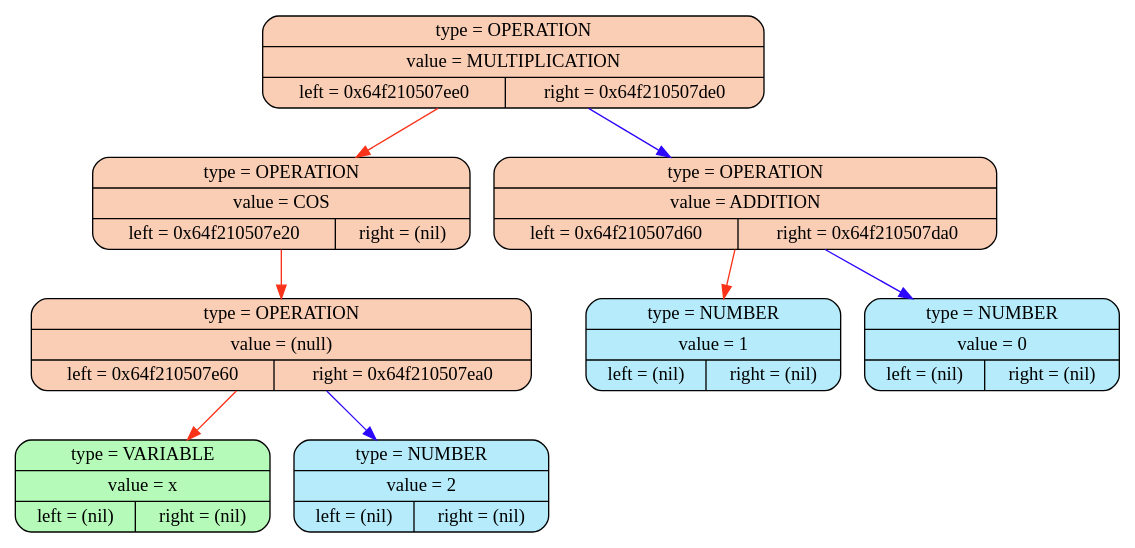
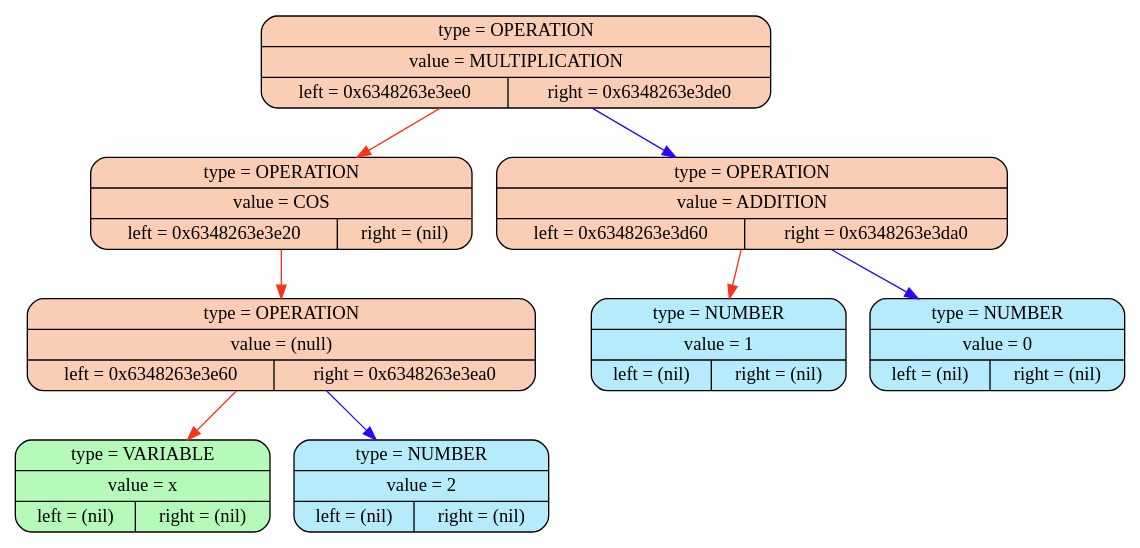
The diagram in differentiator/dot_files/diff.dot (DianaNikitina/diff), drawn with Graphviz before and after one commit. The commit also changed 4 other files, not shown here.

```diff
--- a/differentiator/dot_files/diff.dot
+++ b/differentiator/dot_files/diff.dot
@@ -1,18 +1,18 @@
 digraph structs {
 rankdir=TB;
-110990818574112 [shape=Mrecord; style = filled; fillcolor = "#facdb5ff"; color = "#030303ff"; label="{type = OPERATION | value = MULTIPLICATION | {left = 0x64f210507ee0 | right = 0x64f210507de0}}";]
-110990818574048 [shape=Mrecord; style = filled; fillcolor = "#facdb5ff"; color = "#030303ff"; label="{type = OPERATION | value = COS | {left = 0x64f210507e20 | right = (nil)}}";]
-110990818573856 [shape=Mrecord; style = filled; fillcolor = "#facdb5ff"; color = "#030303ff"; label="{type = OPERATION | value = (null) | {left = 0x64f210507e60 | right = 0x64f210507ea0}}";]
-110990818573920 [shape=Mrecord; style = filled; fillcolor = "#b5fab8ff"; color = "#030303ff"; label="{type = VARIABLE | value = x | {left = (nil) | right = (nil)}}";]
-110990818573984 [shape=Mrecord; style = filled; fillcolor = "#b5ebfaff"; color = "#030303ff"; label="{type = NUMBER | value = 2 | {left = (nil) | right = (nil)}}";]
-110990818573792 [shape=Mrecord; style = filled; fillcolor = "#facdb5ff"; color = "#030303ff"; label="{type = OPERATION | value = ADDITION | {left = 0x64f210507d60 | right = 0x64f210507da0}}";]
-110990818573664 [shape=Mrecord; style = filled; fillcolor = "#b5ebfaff"; color = "#030303ff"; label="{type = NUMBER | value = 1 | {left = (nil) | right = (nil)}}";]
-110990818573728 [shape=Mrecord; style = filled; fillcolor = "#b5ebfaff"; color = "#030303ff"; label="{type = NUMBER | value = 0 | {left = (nil) | right = (nil)}}";]
-110990818574112->110990818574048[color = "#f93319ff"]
-110990818574112->110990818573792[color = "#2c07fdff"]
-110990818574048->110990818573856[color = "#f93319ff"]
-110990818573856->110990818573920[color = "#f93319ff"]
-110990818573856->110990818573984[color = "#2c07fdff"]
-110990818573792->110990818573664[color = "#f93319ff"]
-110990818573792->110990818573728[color = "#2c07fdff"]
+109161530408736 [shape=Mrecord; style = filled; fillcolor = "#facdb5ff"; color = "#030303ff"; label="{type = OPERATION | value = MULTIPLICATION | {left = 0x6348263e3ee0 | right = 0x6348263e3de0}}";]
+109161530408672 [shape=Mrecord; style = filled; fillcolor = "#facdb5ff"; color = "#030303ff"; label="{type = OPERATION | value = COS | {left = 0x6348263e3e20 | right = (nil)}}";]
+109161530408480 [shape=Mrecord; style = filled; fillcolor = "#facdb5ff"; color = "#030303ff"; label="{type = OPERATION | value = (null) | {left = 0x6348263e3e60 | right = 0x6348263e3ea0}}";]
+109161530408544 [shape=Mrecord; style = filled; fillcolor = "#b5fab8ff"; color = "#030303ff"; label="{type = VARIABLE | value = x | {left = (nil) | right = (nil)}}";]
+109161530408608 [shape=Mrecord; style = filled; fillcolor = "#b5ebfaff"; color = "#030303ff"; label="{type = NUMBER | value = 2 | {left = (nil) | right = (nil)}}";]
+109161530408416 [shape=Mrecord; style = filled; fillcolor = "#facdb5ff"; color = "#030303ff"; label="{type = OPERATION | value = ADDITION | {left = 0x6348263e3d60 | right = 0x6348263e3da0}}";]
+109161530408288 [shape=Mrecord; style = filled; fillcolor = "#b5ebfaff"; color = "#030303ff"; label="{type = NUMBER | value = 1 | {left = (nil) | right = (nil)}}";]
+109161530408352 [shape=Mrecord; style = filled; fillcolor = "#b5ebfaff"; color = "#030303ff"; label="{type = NUMBER | value = 0 | {left = (nil) | right = (nil)}}";]
+109161530408736->109161530408672[color = "#f93319ff"]
+109161530408736->109161530408416[color = "#2c07fdff"]
+109161530408672->109161530408480[color = "#f93319ff"]
+109161530408480->109161530408544[color = "#f93319ff"]
+109161530408480->109161530408608[color = "#2c07fdff"]
+109161530408416->109161530408288[color = "#f93319ff"]
+109161530408416->109161530408352[color = "#2c07fdff"]
 }
```
